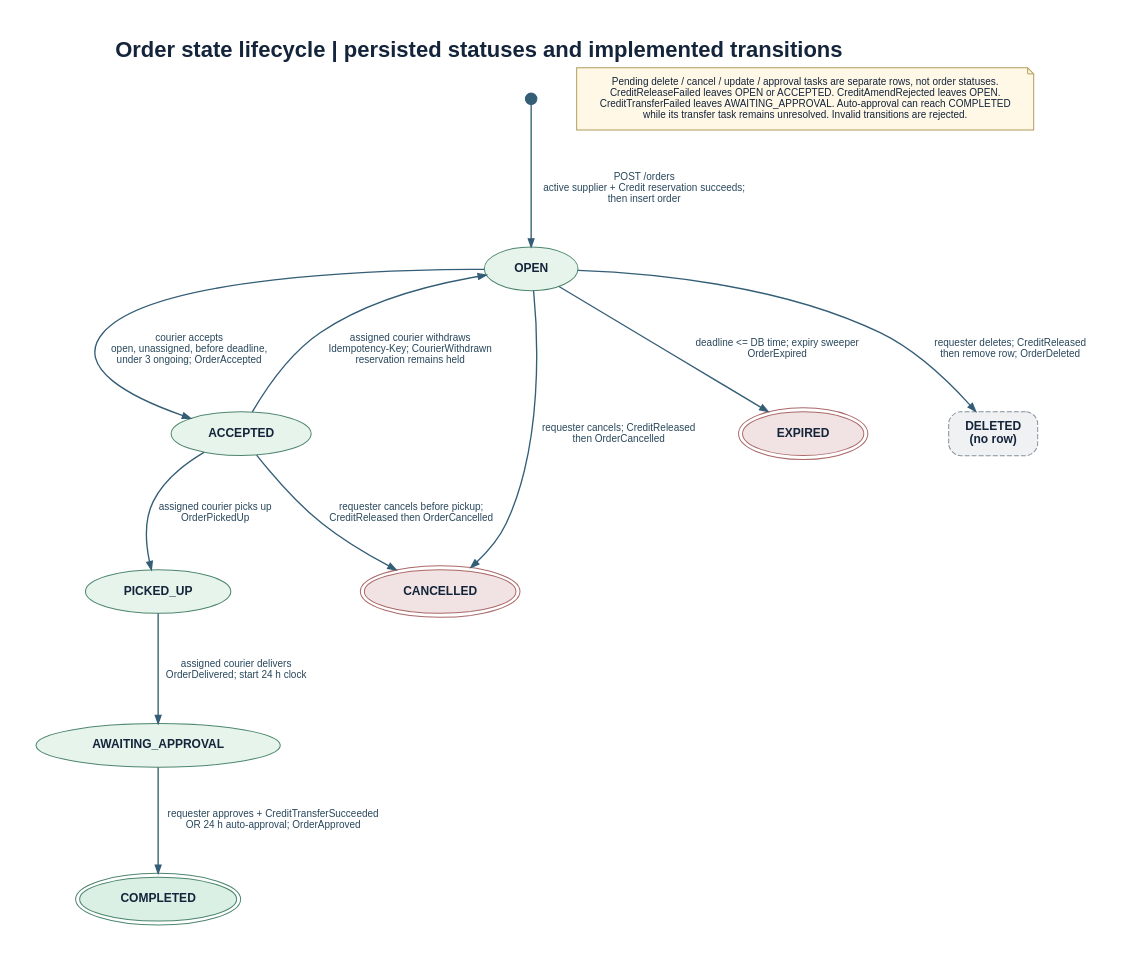
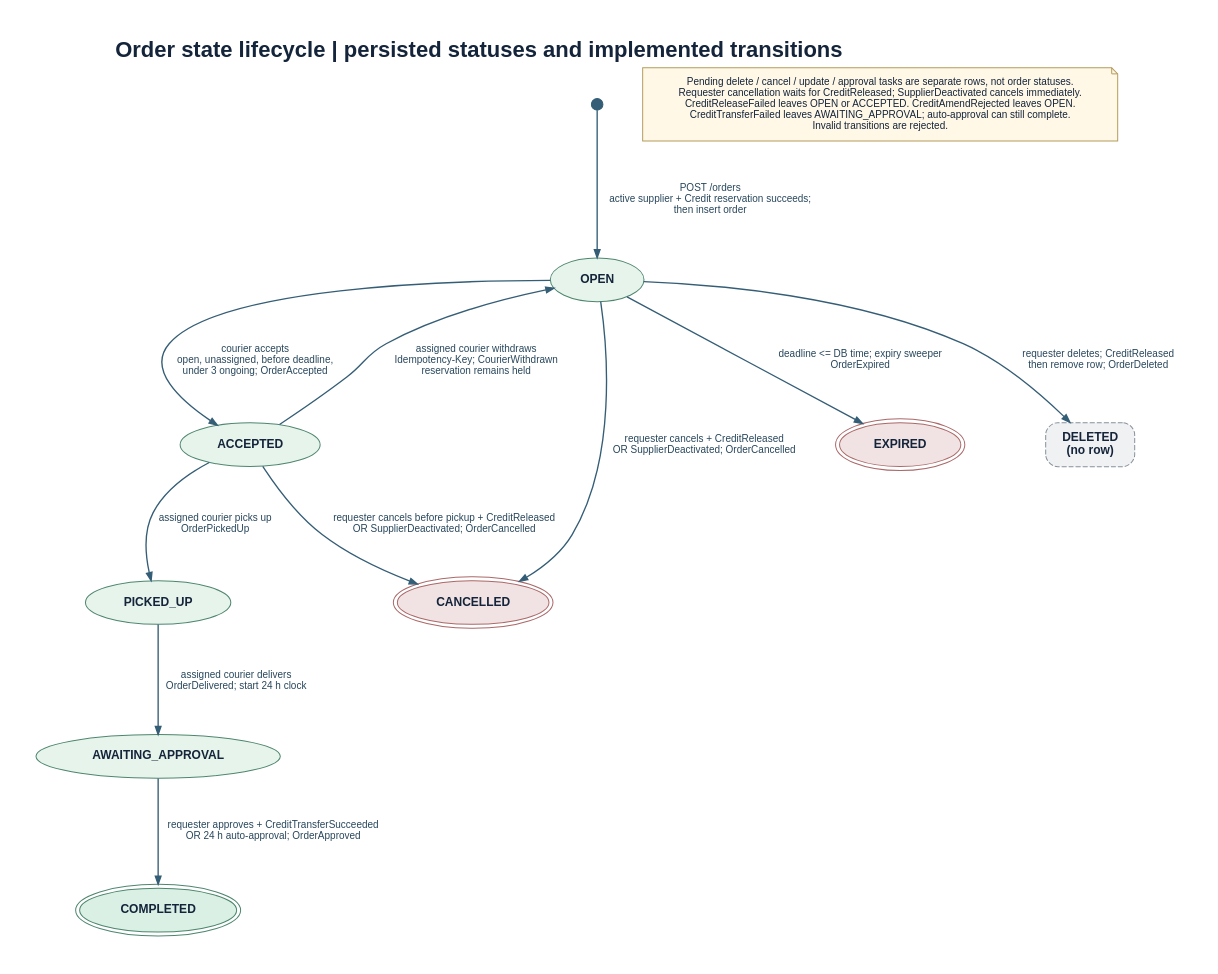
The diagram in order-service/docs/order-state-machine.dot (Y2627S1-CS3219-P31/FoC-31), drawn with Graphviz before and after one commit. The commit also changed 4 other files, not shown here.

Commit message:
Added order lifecycle and architecture diagram

```diff
--- a/order-service/docs/order-state-machine.dot
+++ b/order-service/docs/order-state-machine.dot
@@ -1,36 +1,36 @@
-// AI-INFLUENCED: Persisted Order lifecycle state machine drawn with Codex from implemented transition and workflow code.
+// AI-INFLUENCED: Persisted Order lifecycle state machine updated with Codex from current transition/workflow code and D1 requirements.
 digraph OrderStateMachine {
   graph [
     label="Order state lifecycle | persisted statuses and implemented transitions",
     labelloc=t, labeljust=l, fontsize=22, fontname="Helvetica-Bold",
     fontcolor="#14243a", bgcolor="white", pad=0.4, rankdir=TB,
     splines=true, nodesep=0.55, ranksep=1.15
   ];
   node [shape=ellipse, style=filled, fontname="Helvetica-Bold", fontsize=12,
         color="#4d866e", fillcolor="#e7f4eb", fontcolor="#14243a", margin="0.20,0.12"];
   edge [fontname="Helvetica", fontsize=10, color="#345d76", fontcolor="#28475c", arrowsize=0.8, penwidth=1.35];
 
   start [shape=point, label="", width=0.16, fillcolor="#345d76", color="#345d76"];
   OPEN [label="OPEN"];
   ACCEPTED [label="ACCEPTED"];
   PICKED_UP [label="PICKED_UP"];
   AWAITING_APPROVAL [label="AWAITING_APPROVAL"];
   COMPLETED [label="COMPLETED", peripheries=2, fillcolor="#daf0e4"];
   CANCELLED [label="CANCELLED", peripheries=2, fillcolor="#f1e3e3", color="#ab6868"];
   EXPIRED [label="EXPIRED", peripheries=2, fillcolor="#f1e3e3", color="#ab6868"];
   DELETED [label="DELETED\n(no row)", shape=box, style="rounded,dashed,filled", fillcolor="#f0f1f3", color="#87919b"];
 
   start -> OPEN [label="POST /orders\nactive supplier + Credit reservation succeeds;\nthen insert order"];
   OPEN -> ACCEPTED [label="courier accepts\nopen, unassigned, before deadline,\nunder 3 ongoing; OrderAccepted"];
   ACCEPTED -> OPEN [label="assigned courier withdraws\nIdempotency-Key; CourierWithdrawn\nreservation remains held"];
   ACCEPTED -> PICKED_UP [label="assigned courier picks up\nOrderPickedUp"];
   PICKED_UP -> AWAITING_APPROVAL [label="assigned courier delivers\nOrderDelivered; start 24 h clock"];
   AWAITING_APPROVAL -> COMPLETED [label="requester approves + CreditTransferSucceeded\nOR 24 h auto-approval; OrderApproved"];
-  OPEN -> CANCELLED [label="requester cancels; CreditReleased\nthen OrderCancelled"];
-  ACCEPTED -> CANCELLED [label="requester cancels before pickup;\nCreditReleased then OrderCancelled"];
+  OPEN -> CANCELLED [label="requester cancels + CreditReleased\nOR SupplierDeactivated; OrderCancelled"];
+  ACCEPTED -> CANCELLED [label="requester cancels before pickup + CreditReleased\nOR SupplierDeactivated; OrderCancelled"];
   OPEN -> EXPIRED [label="deadline <= DB time; expiry sweeper\nOrderExpired"];
   OPEN -> DELETED [label="requester deletes; CreditReleased\nthen remove row; OrderDeleted"];
 
   note [shape=note, style=filled, color="#b49c5c", fillcolor="#fff8e7", fontname="Helvetica", fontsize=10,
-    label="Pending delete / cancel / update / approval tasks are separate rows, not order statuses.\nCreditReleaseFailed leaves OPEN or ACCEPTED. CreditAmendRejected leaves OPEN.\nCreditTransferFailed leaves AWAITING_APPROVAL. Auto-approval can reach COMPLETED\nwhile its transfer task remains unresolved. Invalid transitions are rejected."];
+    label="Pending delete / cancel / update / approval tasks are separate rows, not order statuses.\nRequester cancellation waits for CreditReleased; SupplierDeactivated cancels immediately.\nCreditReleaseFailed leaves OPEN or ACCEPTED. CreditAmendRejected leaves OPEN.\nCreditTransferFailed leaves AWAITING_APPROVAL; auto-approval can still complete.\nInvalid transitions are rejected."];
 }
```
